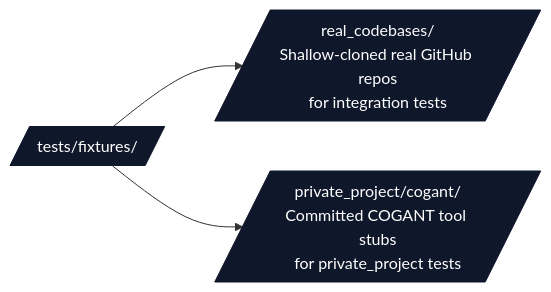
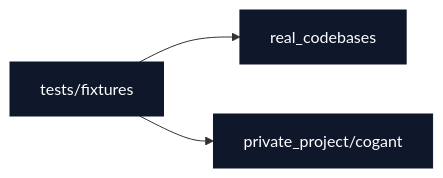
Before and after one commit to docxology/template: the diagram in tests/fixtures/AGENTS.md, drawn with Mermaid. The commit also changed 25 other files, not shown here.

````diff
--- a/tests/fixtures/AGENTS.md
+++ b/tests/fixtures/AGENTS.md
@@ -9,9 +9,9 @@
 ```mermaid
 flowchart LR
-    F[/tests/fixtures//]
-    F --> RC[/real_codebases/<br/>Shallow-cloned real GitHub repos<br/>for integration tests/]
-    F --> PP[/private_project/cogant/<br/>Committed COGANT tool stubs<br/>for private_project tests/]
+    F[tests/fixtures]
+    F --> RC[real_codebases]
+    F --> PP[private_project/cogant]
 
     classDef d fill:#0f172a,stroke:#0f172a,color:#fff
     class F,RC,PP d
 ```
````
